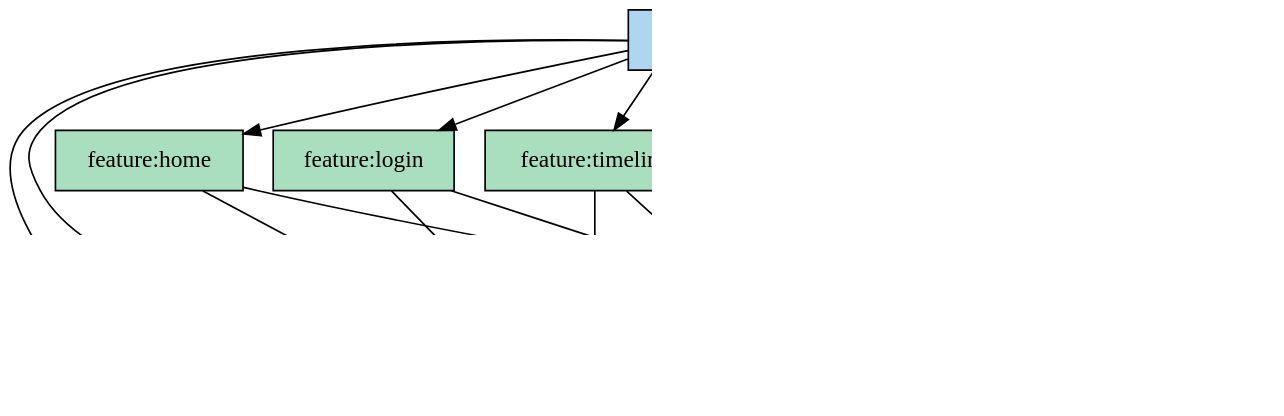
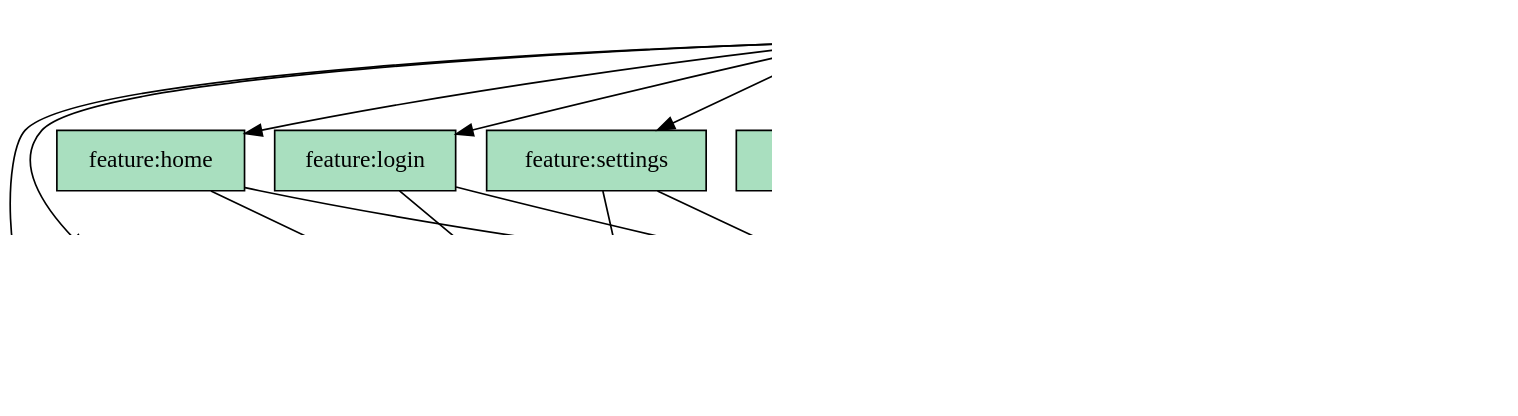
One commit to soma17th-369/Laimory-android changed the diagram in docs/dependency-graph/modules.dot. Above: the diagram before and after it, drawn with Graphviz. The commit also changed 1 other file, not shown here.

```diff
--- a/docs/dependency-graph/modules.dot
+++ b/docs/dependency-graph/modules.dot
@@ -1,44 +1,48 @@
 digraph "modules" {
 edge ["dir"="forward"]
 graph ["dpi"="150" "rankdir"="TB"]
 node ["shape"="rectangle" "style"="filled"]
 
 "app" ["label"="app" "fillcolor"="#AED6F1"]
 "core-collection" ["label"="core:collection" "fillcolor"="#FAD7A0"]
 "core-data" ["label"="core:data" "fillcolor"="#FAD7A0"]
 "core-domain" ["label"="core:domain" "fillcolor"="#D2B4DE"]
 "core-ui" ["label"="core:ui" "fillcolor"="#FAD7A0"]
 "core-util" ["label"="core:util" "fillcolor"="#FAD7A0"]
 "feature-collection" ["label"="feature:collection" "fillcolor"="#A9DFBF"]
 "feature-feature1" ["label"="feature:feature1" "fillcolor"="#A9DFBF"]
 "feature-home" ["label"="feature:home" "fillcolor"="#A9DFBF"]
 "feature-login" ["label"="feature:login" "fillcolor"="#A9DFBF"]
+"feature-settings" ["label"="feature:settings" "fillcolor"="#A9DFBF"]
 "feature-timeline" ["label"="feature:timeline" "fillcolor"="#A9DFBF"]
 
 // edges
 "app" -> "core-collection"
 "app" -> "core-data"
 "app" -> "core-domain"
 "app" -> "core-ui"
 "app" -> "core-util"
 "app" -> "feature-collection"
 "app" -> "feature-feature1"
 "app" -> "feature-home"
 "app" -> "feature-login"
+"app" -> "feature-settings"
 "app" -> "feature-timeline"
 "core-collection" -> "core-domain"
 "core-collection" -> "core-util"
 "core-data" -> "core-domain"
 "core-ui" -> "core-domain"
 "core-ui" -> "core-util"
 "feature-collection" -> "core-domain"
 "feature-collection" -> "core-ui"
 "feature-feature1" -> "core-domain"
 "feature-feature1" -> "core-ui"
 "feature-home" -> "core-domain"
 "feature-home" -> "core-ui"
 "feature-login" -> "core-domain"
 "feature-login" -> "core-ui"
+"feature-settings" -> "core-domain"
+"feature-settings" -> "core-ui"
 "feature-timeline" -> "core-domain"
 "feature-timeline" -> "core-ui"
 }
```
